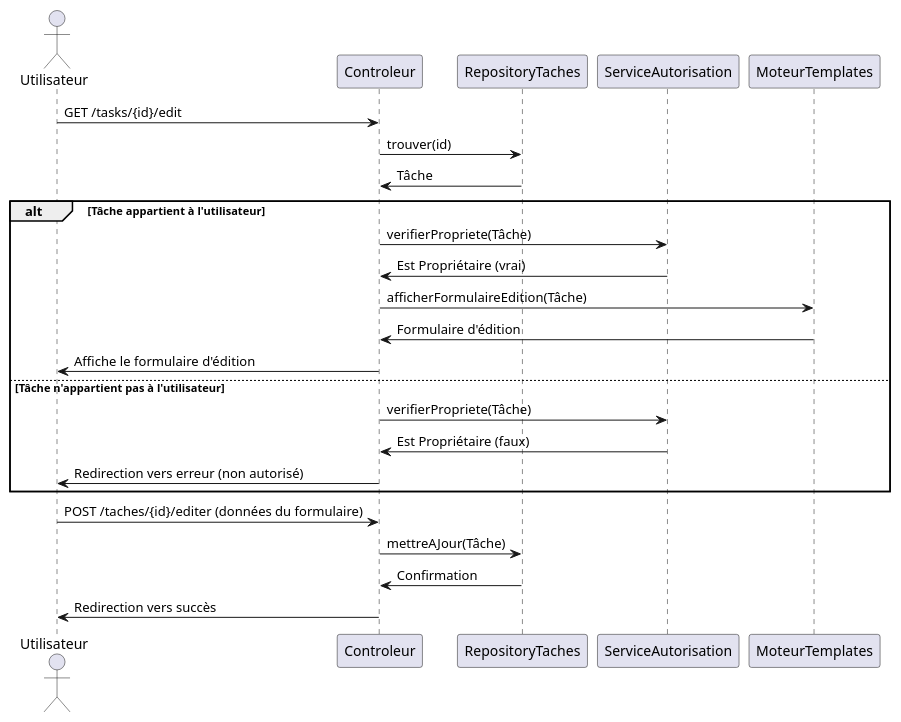
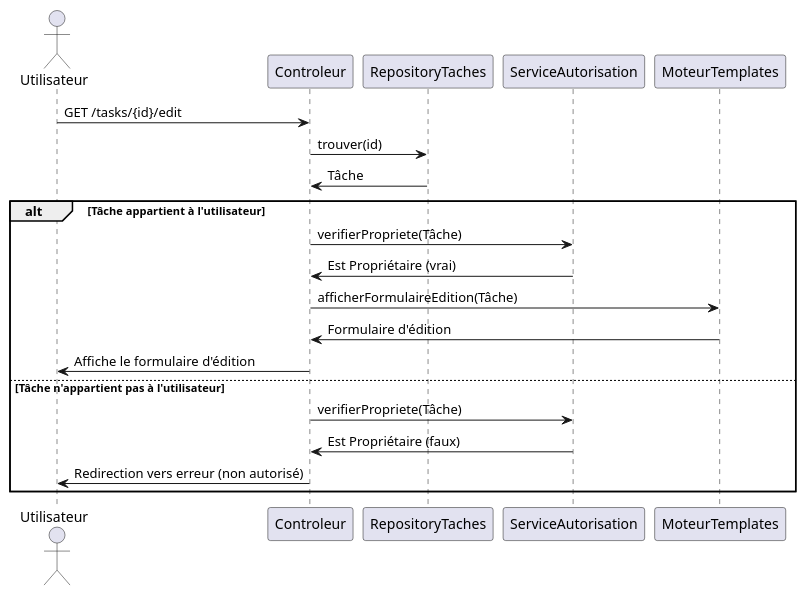
One commit to Waarrez/P8 changed the diagram in documentations/diagrammes/séquences/get_tasks_edit.puml. Above: the diagram before and after it, drawn with PlantUML. The commit also changed 7 other files, not shown here.

```diff
--- a/documentations/diagrammes/séquences/get_tasks_edit.puml
+++ b/documentations/diagrammes/séquences/get_tasks_edit.puml
@@ -1,30 +1,25 @@
 @startuml
 
 actor Utilisateur
 participant Controleur
 participant RepositoryTaches
 participant ServiceAutorisation
 participant MoteurTemplates
 
 Utilisateur -> Controleur : GET /tasks/{id}/edit
 Controleur -> RepositoryTaches : trouver(id)
 RepositoryTaches -> Controleur : Tâche
 
 alt Tâche appartient à l'utilisateur
     Controleur -> ServiceAutorisation : verifierPropriete(Tâche)
     ServiceAutorisation -> Controleur : Est Propriétaire (vrai)
     Controleur -> MoteurTemplates : afficherFormulaireEdition(Tâche)
     MoteurTemplates -> Controleur : Formulaire d'édition
     Controleur -> Utilisateur : Affiche le formulaire d'édition
 else Tâche n'appartient pas à l'utilisateur
     Controleur -> ServiceAutorisation : verifierPropriete(Tâche)
     ServiceAutorisation -> Controleur : Est Propriétaire (faux)
     Controleur -> Utilisateur : Redirection vers erreur (non autorisé)
 end
 
-Utilisateur -> Controleur : POST /taches/{id}/editer (données du formulaire)
-Controleur -> RepositoryTaches : mettreAJour(Tâche)
-RepositoryTaches -> Controleur : Confirmation
-Controleur -> Utilisateur : Redirection vers succès
-
 @enduml
```
